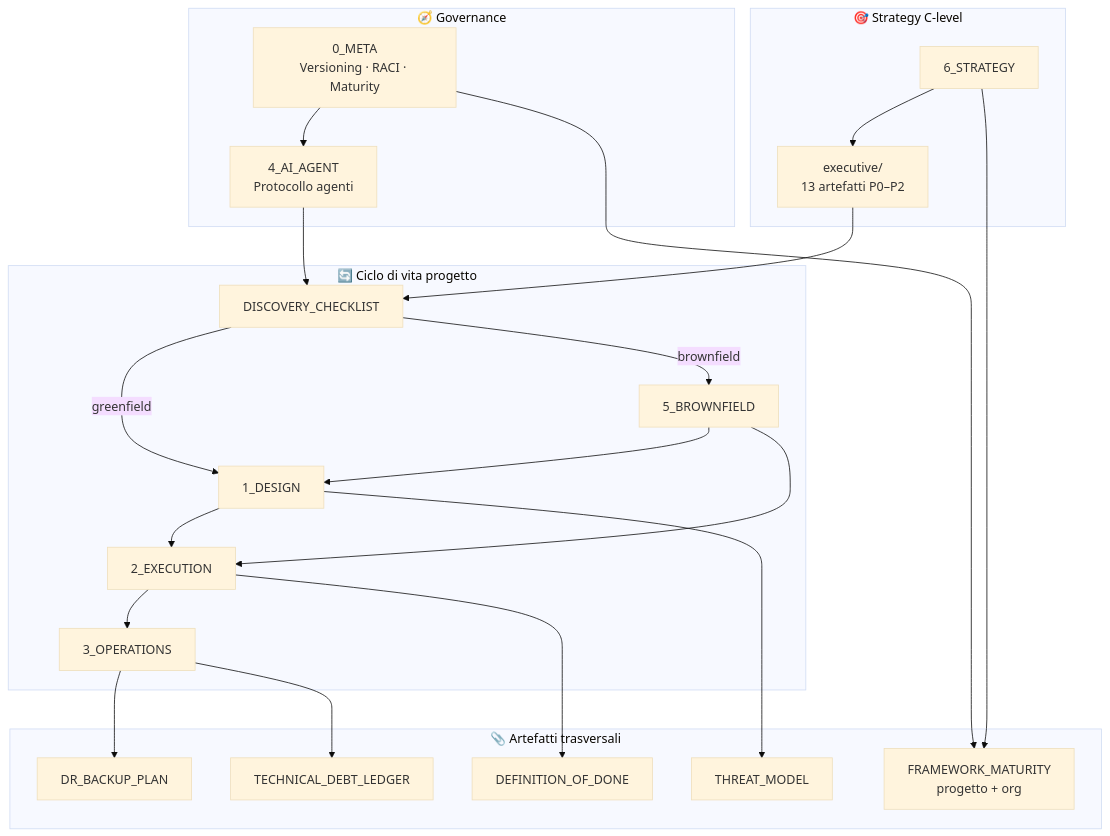
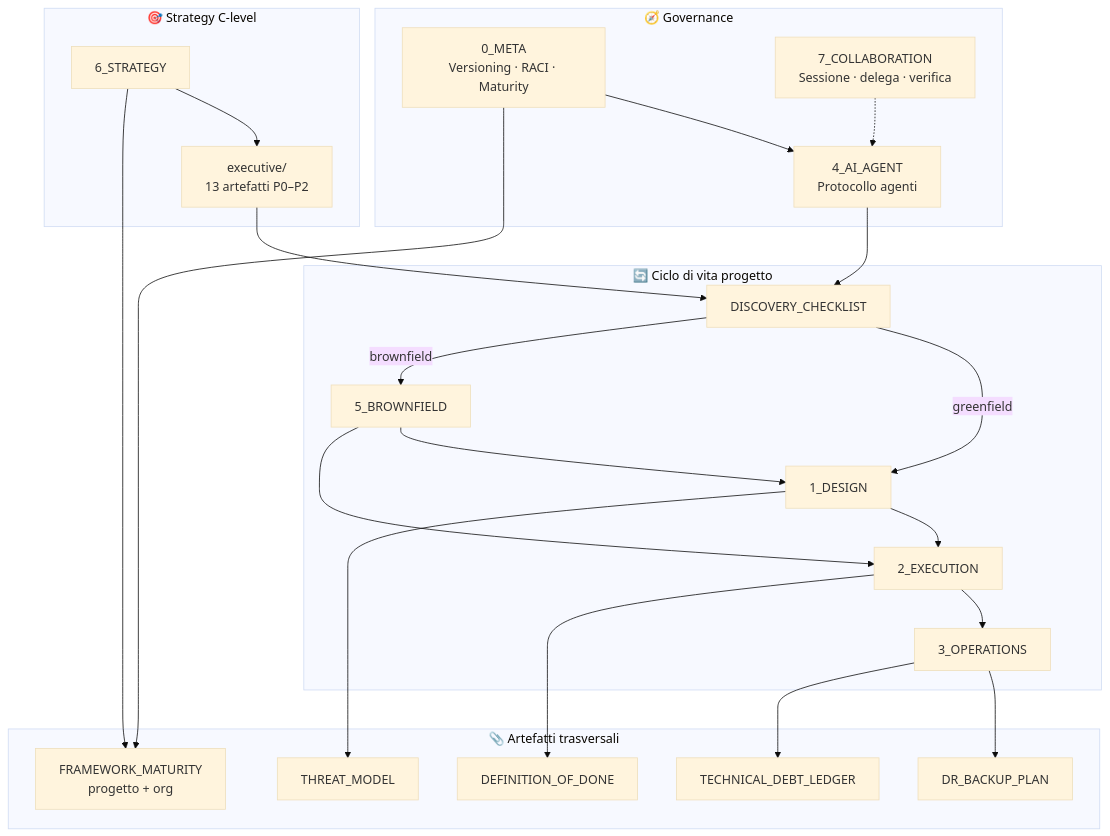
The first of 4 diagrams in README.md (andreafinazziinfo/operational-engineering-framework), drawn with Mermaid (base theme) before and after one commit. The commit also changed other lines of this file and 25 other files, not shown here.

````diff
--- a/README.md
+++ b/README.md
@@ -71,45 +84,47 @@
 ```mermaid
 flowchart TB
     subgraph executive ["🎯 Strategy C-level"]
         STRAT["6_STRATEGY"]
         EX["executive/<br/>13 artefatti P0–P2"]
     end
 
     subgraph governance ["🧭 Governance"]
         META["0_META<br/>Versioning · RACI · Maturity"]
         AI["4_AI_AGENT<br/>Protocollo agenti"]
+        COLLAB["7_COLLABORATION<br/>Sessione · delega · verifica"]
     end
 
     subgraph lifecycle ["🔄 Ciclo di vita progetto"]
         DISC["DISCOVERY_CHECKLIST"]
         DESIGN["1_DESIGN"]
         EXEC["2_EXECUTION"]
         OPS["3_OPERATIONS"]
         BF["5_BROWNFIELD"]
     end
 
     subgraph cross ["📎 Artefatti trasversali"]
         DOD["DEFINITION_OF_DONE"]
         DR["DR_BACKUP_PLAN"]
         TM["THREAT_MODEL"]
         LEDGER["TECHNICAL_DEBT_LEDGER"]
         MAT["FRAMEWORK_MATURITY<br/>progetto + org"]
     end
 
     STRAT --> EX
     EX --> DISC
     META --> AI
+    COLLAB -.-> AI
     AI --> DISC
     DISC -->|greenfield| DESIGN
     DISC -->|brownfield| BF
     DESIGN --> EXEC --> OPS
     BF --> DESIGN
     BF --> EXEC
 
     EXEC --> DOD
     OPS --> DR
     DESIGN --> TM
     OPS --> LEDGER
     META --> MAT
     STRAT --> MAT
 ```
````
